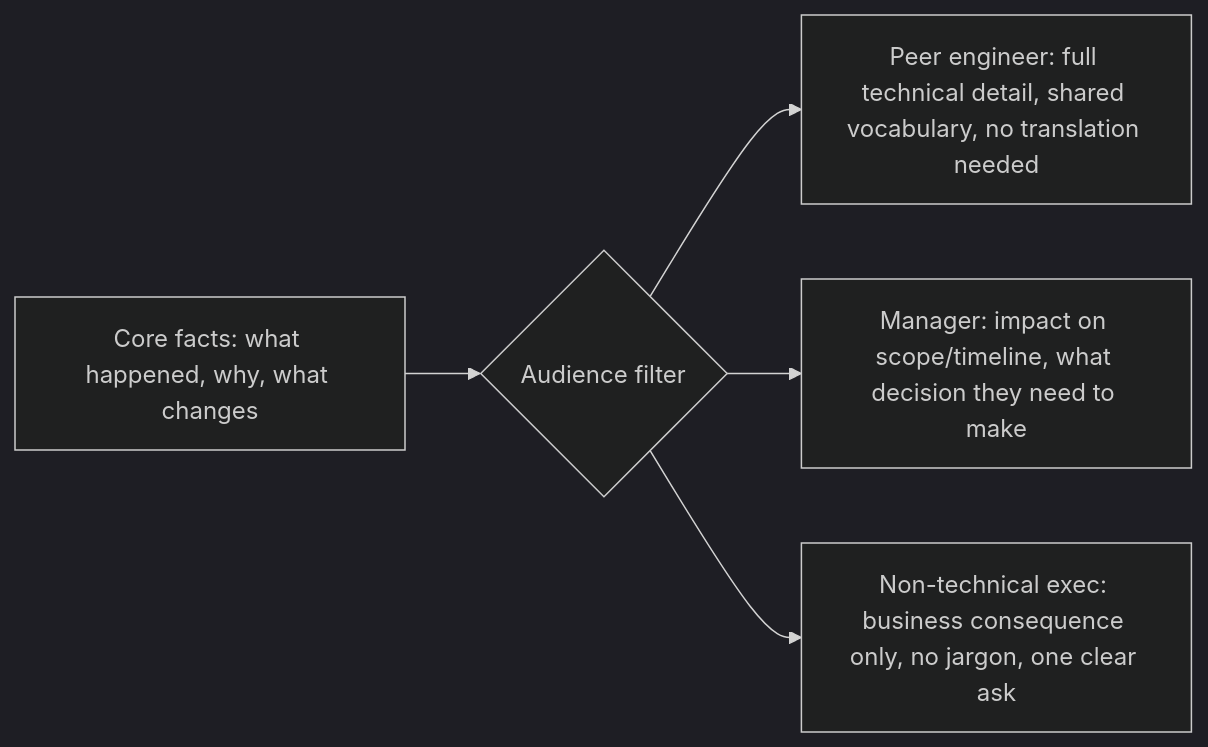
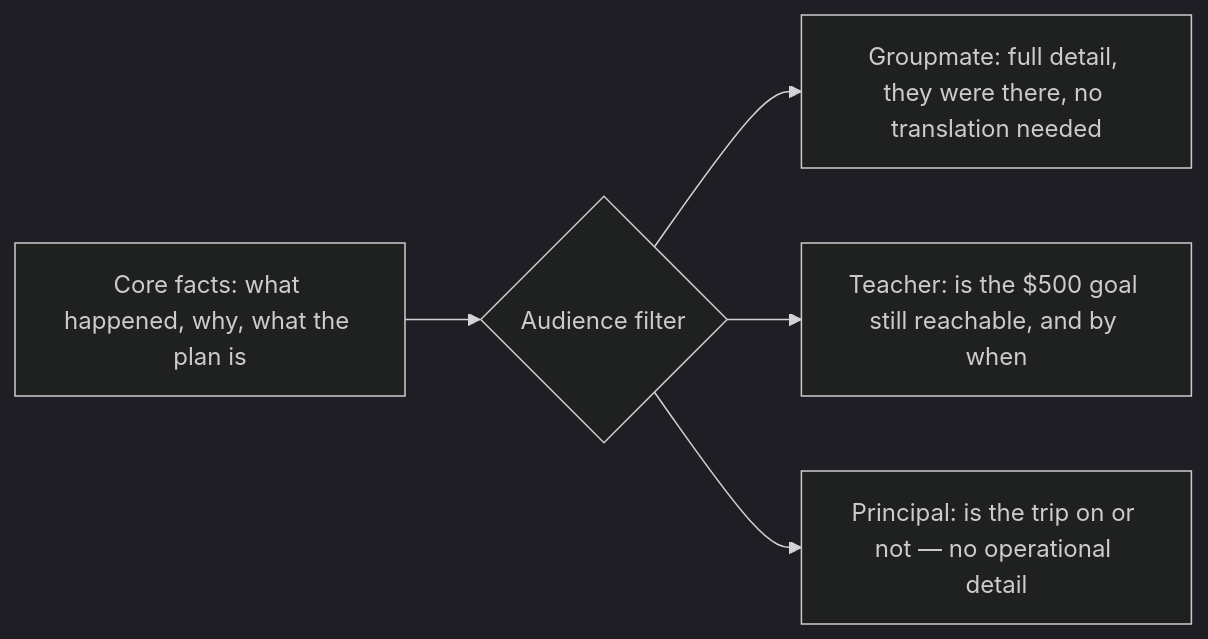
Before and after one commit to francoandreDev/knowledge: the first of 2 diagrams in src/content/business-communication/audience-awareness/L2-concept.md, drawn with Mermaid (dark theme). The commit also changed other lines of this file and 29 other files, not shown here.

````diff
--- a/src/content/business-communication/audience-awareness/L2-concept.md
+++ b/src/content/business-communication/audience-awareness/L2-concept.md
@@ -9,7 +11,7 @@
 ```mermaid
 flowchart LR
-    Facts["Core facts: what happened, why, what changes"] --> Filter{"Audience filter"}
-    Filter --> Peer["Peer engineer: full technical detail, shared vocabulary, no translation needed"]
-    Filter --> Manager["Manager: impact on scope/timeline, what decision they need to make"]
-    Filter --> Exec["Non-technical exec: business consequence only, no jargon, one clear ask"]
+    Facts["Core facts: what happened, why, what the plan is"] --> Filter{"Audience filter"}
+    Filter --> Peer["Groupmate: full detail, they were there, no translation needed"]
+    Filter --> Teacher["Teacher: is the $500 goal still reachable, and by when"]
+    Filter --> Principal["Principal: is the trip on or not — no operational detail"]
 ```
````
